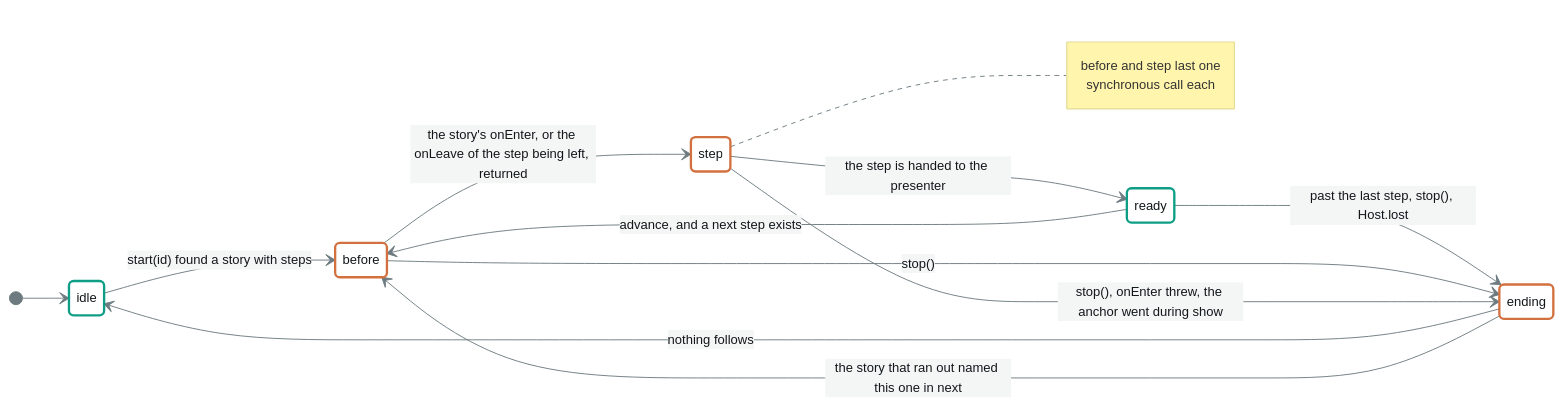
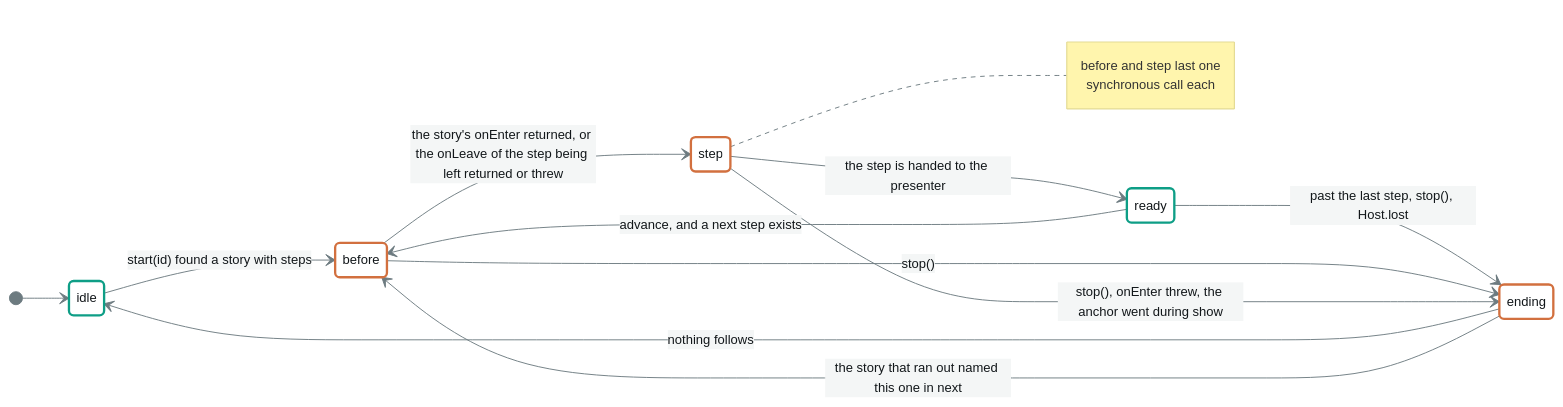
Before and after one commit to annetaan/leko: the first of 2 diagrams in packages/machine/model/phases.md, drawn with Mermaid. The commit also changed other lines of this file and 9 other files, not shown here.

````diff
--- a/packages/machine/model/phases.md
+++ b/packages/machine/model/phases.md
@@ -40,30 +40,30 @@
 ```mermaid
 %%{init: {'theme':'base','themeVariables':{'background':'#F4F6F6','primaryColor':'#FFFFFF','primaryTextColor':'#12171A','primaryBorderColor':'#9AA6A9','lineColor':'#6D7B80','textColor':'#12171A','edgeLabelBackground':'#F4F6F6','tertiaryColor':'#E9EDED','tertiaryTextColor':'#12171A','fontSize':'14px'}}}%%
 stateDiagram-v2
   direction LR
 
   [*] --> idle
   idle --> before : start(id) found a story with steps
 
-  before --> step : the story's onEnter, or the onLeave of the step being left, returned
+  before --> step : the story's onEnter returned, or the onLeave of the step being left returned or threw
 
   step --> ready : the step is handed to the presenter
 
   ready --> before : advance, and a next step exists
   ready --> ending : past the last step, stop(), Host.lost
   before --> ending : stop()
   step --> ending : stop(), onEnter threw, the anchor went during show
   note right of step
     before and step last one
     synchronous call each
   end note
 
   ending --> idle : nothing follows
   ending --> before : the story that ran out named this one in next
 
   classDef open stroke:#0E9E86,stroke-width:2.5px
   classDef shut stroke:#D2703F,stroke-width:2.5px
 
   class idle,ready open
   class before,step,ending shut
 ```
````
